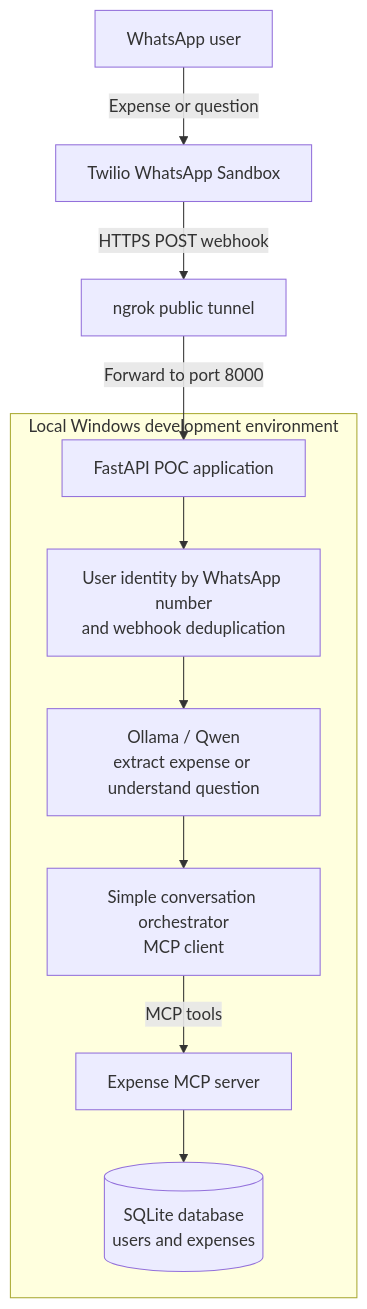
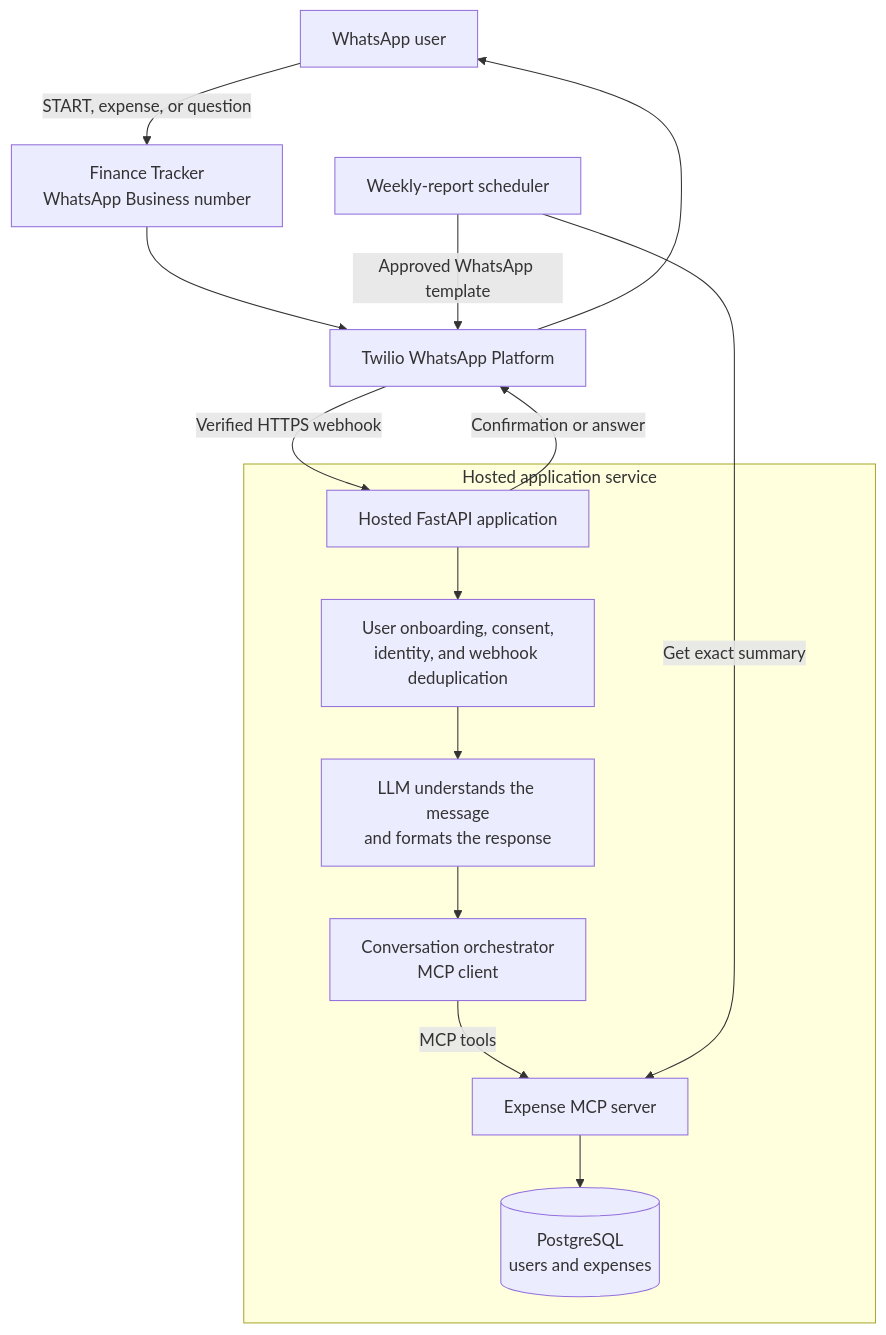
Before and after one commit to Abijith97/expense-tracker-with-mcp: the diagram in README.md, drawn with Mermaid. The commit also changed other lines of this file, not shown here.

Commit message:
Describe multi-user product architecture

````diff
--- a/README.md
+++ b/README.md
@@ -7,14 +7,19 @@
 ```mermaid
 flowchart TB
-    User[WhatsApp user] -->|Expense or question| Twilio[Twilio WhatsApp Sandbox]
-    Twilio -->|HTTPS POST webhook| Ngrok[ngrok public tunnel]
-    Ngrok -->|Forward to port 8000| API[FastAPI POC application]
+    User[WhatsApp user] -->|START, expense, or question| WhatsApp[Finance Tracker<br/>WhatsApp Business number]
+    WhatsApp --> Twilio[Twilio WhatsApp Platform]
+    Twilio -->|Verified HTTPS webhook| API[Hosted FastAPI application]
 
-    subgraph Laptop[Local Windows development environment]
-        API --> Identity[User identity by WhatsApp number<br/>and webhook deduplication]
-        Identity --> LLM[Ollama / Qwen<br/>extract expense or understand question]
-        LLM --> Agent[Simple conversation orchestrator<br/>MCP client]
+    subgraph Application[Hosted application service]
+        API --> Identity[User onboarding, consent,<br/>identity, and webhook deduplication]
+        Identity --> LLM[LLM understands the message<br/>and formats the response]
+        LLM --> Agent[Conversation orchestrator<br/>MCP client]
         Agent -->|MCP tools| MCP[Expense MCP server]
-        MCP --> Database[(SQLite database<br/>users and expenses)]
+        MCP --> Database[(PostgreSQL<br/>users and expenses)]
     end
+
+    Scheduler[Weekly-report scheduler] -->|Get exact summary| MCP
+    Scheduler -->|Approved WhatsApp template| Twilio
+    API -->|Confirmation or answer| Twilio
+    Twilio --> User
 ```
````
